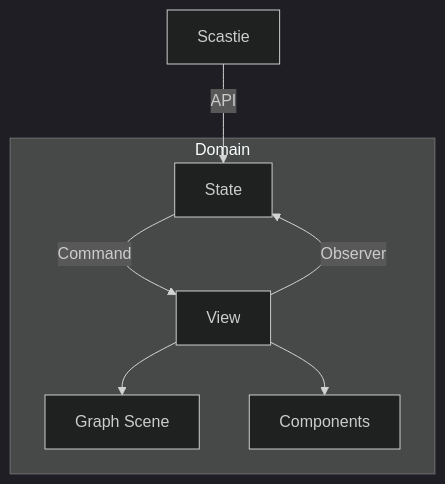
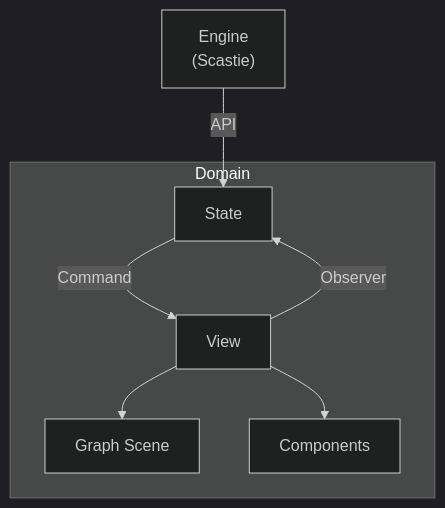
One commit to Ro0t-set/PPS-24-ScafiWeb3 changed the first of 2 diagrams in docs/src/03-architectural-design/index.md. Above: the diagram before and after it, drawn with Mermaid (dark theme). The commit also changed other lines of this file and 5 other files, not shown here.

Commit message:
docs: update requirements, architectural design, implementation, testing, and retrospective documentation

````diff
--- a/docs/src/03-architectural-design/index.md
+++ b/docs/src/03-architectural-design/index.md
@@ -17,10 +15,11 @@
 ```mermaid
 flowchart TD
     subgraph Domain
         B -->|Command| C[View]
         C -->|Observer| B
         C --> D[Graph Scene]
         C --> F[Components]
     end
-    E[Scastie] -->|API| B[State]
+    E["Engine 
+    (Scastie)"] -->|API| B[State]
 ```
````
